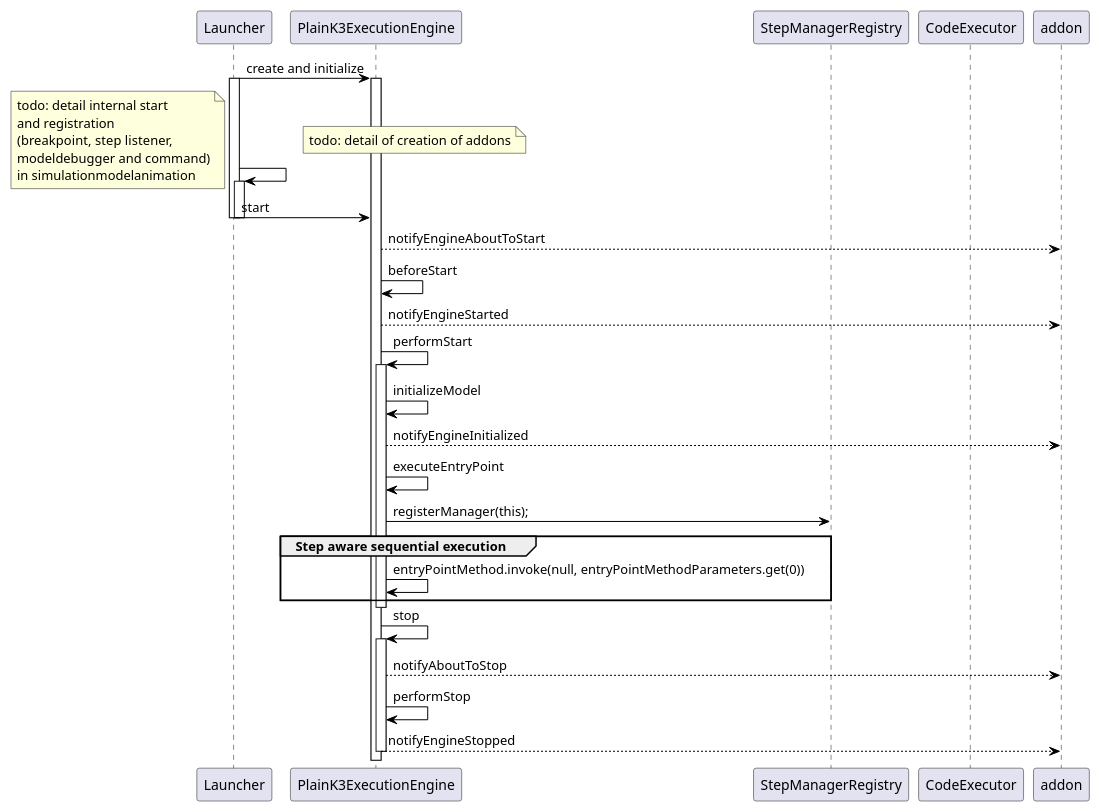
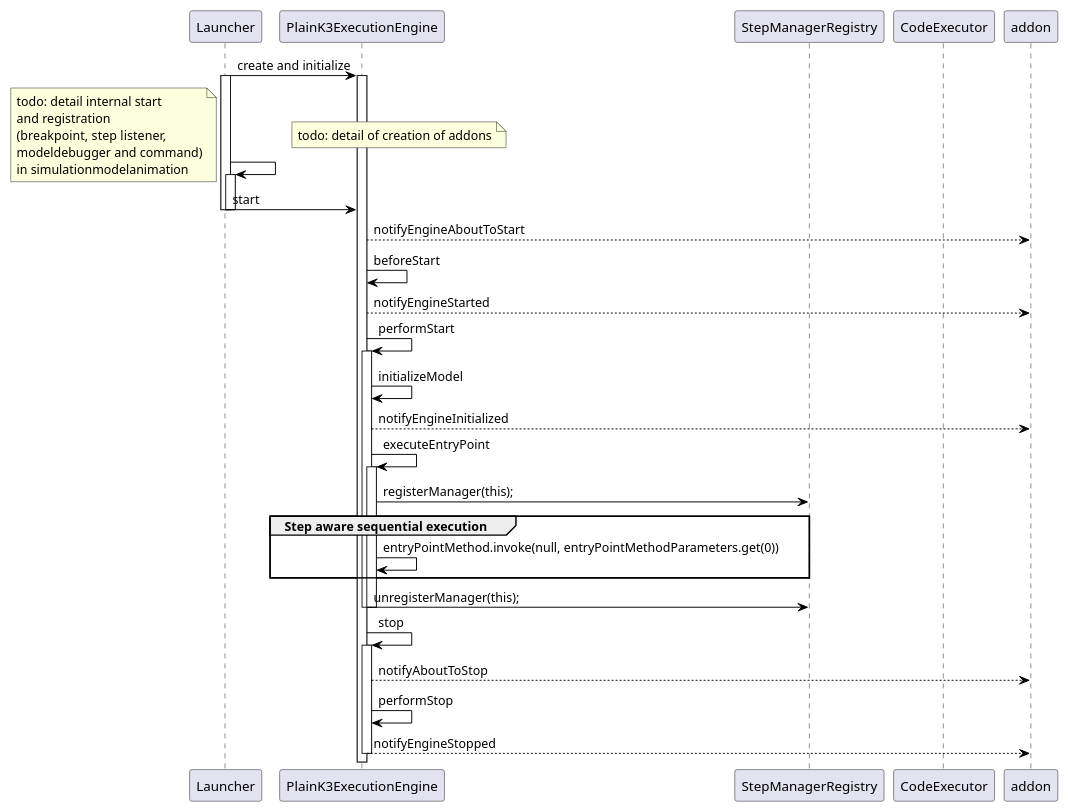
Before and after one commit to eclipse-gemoc/gemoc-studio-modeldebugging: the diagram in framework/execution_framework/docs/dev/images/dev/ExecutionEngine_Typical_flow_SD.plantuml, drawn with PlantUML. The commit also changed 2 other files, not shown here.

Commit message:
add text describing diagrams

```diff
--- a/framework/execution_framework/docs/dev/images/dev/ExecutionEngine_Typical_flow_SD.plantuml
+++ b/framework/execution_framework/docs/dev/images/dev/ExecutionEngine_Typical_flow_SD.plantuml
@@ -3,64 +3,68 @@
 @startuml
 skinparam class {
 	BackgroundColor White
 	ArrowColor Black
 	BorderColor Black
 }
 
 scale max 1024 width
 scale max 800 height
 
 participant Launcher
 participant PlainK3ExecutionEngine as Engine
 participant StepManagerRegistry
 participant CodeExecutor
 participant addon
 
 
 Launcher -> Engine : create and initialize
 activate Engine
 
 activate Launcher
 Launcher -> Launcher : 
 activate Launcher
 note right
 	todo: detail of creation of addons
 end note
 
 note left
 	todo: detail internal start 
 	and registration 
 	(breakpoint, step listener, 
 	modeldebugger and command)
 	in simulationmodelanimation
 end note
 Launcher -> Engine : start
 
 deactivate Launcher
 
 deactivate Launcher
 
 Engine --> addon : notifyEngineAboutToStart
 Engine -> Engine : beforeStart
 Engine --> addon : notifyEngineStarted
 Engine -> Engine : performStart
 activate Engine 
 
 Engine -> Engine: initializeModel
 Engine --> addon: notifyEngineInitialized
 Engine -> Engine: executeEntryPoint
 
+activate Engine
 Engine -> StepManagerRegistry: registerManager(this);
  
 group Step aware sequential execution
 Engine -> Engine: entryPointMethod.invoke(null, entryPointMethodParameters.get(0))
-end 
+end
+Engine -> StepManagerRegistry: unregisterManager(this);
+ 
+deactivate Engine
 deactivate Engine
 Engine -> Engine : stop
 activate Engine
 Engine --> addon : notifyAboutToStop
 Engine -> Engine : performStop
 Engine --> addon : notifyEngineStopped
 deactivate Engine
 
 @enduml
```
